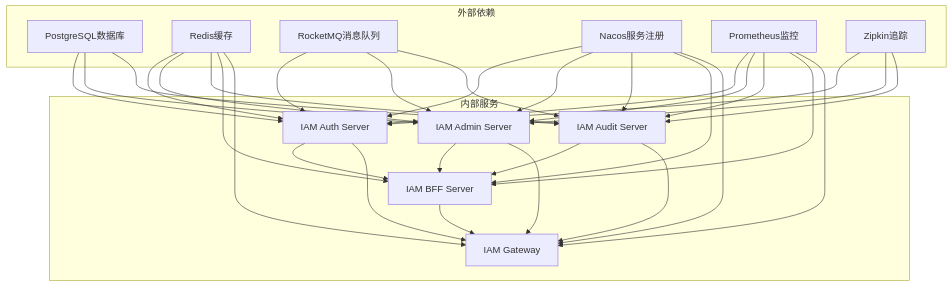
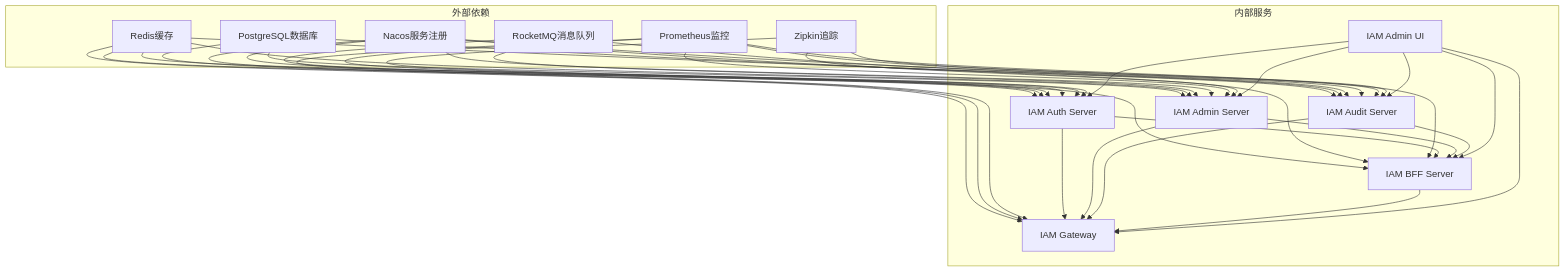
The ninth of 11 diagrams in .qoder/repowiki/zh/content/部署运维/Docker组合使用指南.md (fq0121104930716/iam-platform), drawn with Mermaid before and after one commit. The commit also changed other lines of this file and 6 other files, not shown here.

````diff
--- a/.qoder/repowiki/zh/content/部署运维/Docker组合使用指南.md
+++ b/.qoder/repowiki/zh/content/部署运维/Docker组合使用指南.md
@@ -349,49 +446,55 @@
 ```mermaid
 graph TB
 subgraph "外部依赖"
 A[PostgreSQL数据库]
 B[Redis缓存]
 C[RocketMQ消息队列]
 D[Nacos服务注册]
 E[Prometheus监控]
 F[Zipkin追踪]
 end
 subgraph "内部服务"
 G[IAM Auth Server]
 H[IAM Admin Server]
 I[IAM Audit Server]
 J[IAM BFF Server]
 K[IAM Gateway]
+L[IAM Admin UI]
 end
 A --> G
 A --> H
 A --> I
 B --> G
 B --> H
 B --> I
 B --> J
 B --> K
 C --> G
 C --> H
 C --> I
 D --> G
 D --> H
 D --> I
 D --> J
 D --> K
 E --> G
 E --> H
 E --> I
 E --> J
 E --> K
 F --> G
 F --> H
 F --> I
 G --> J
 G --> K
 H --> J
 H --> K
 I --> J
 I --> K
 J --> K
+L --> K
+L --> J
+L --> G
+L --> H
+L --> I
 ```
````
